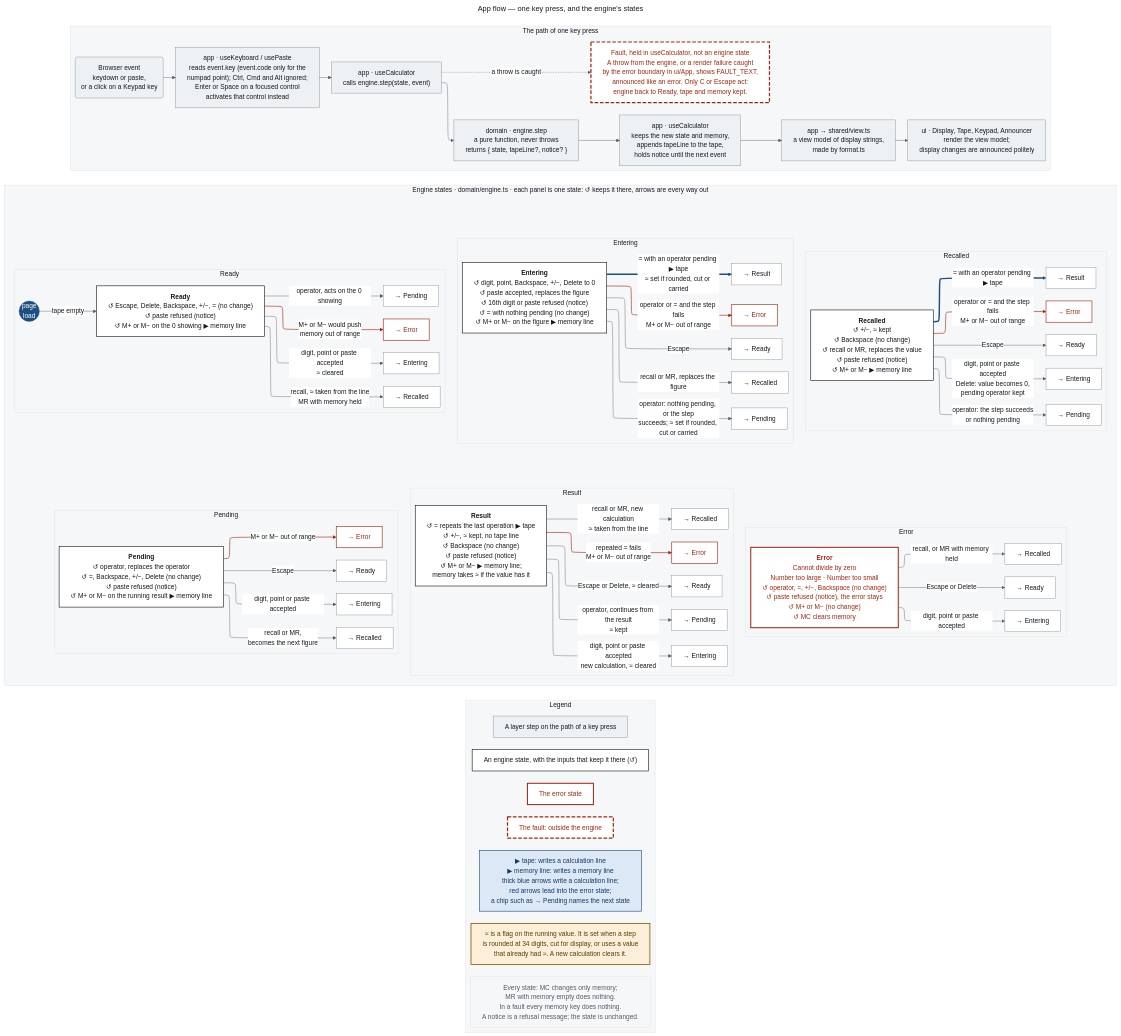
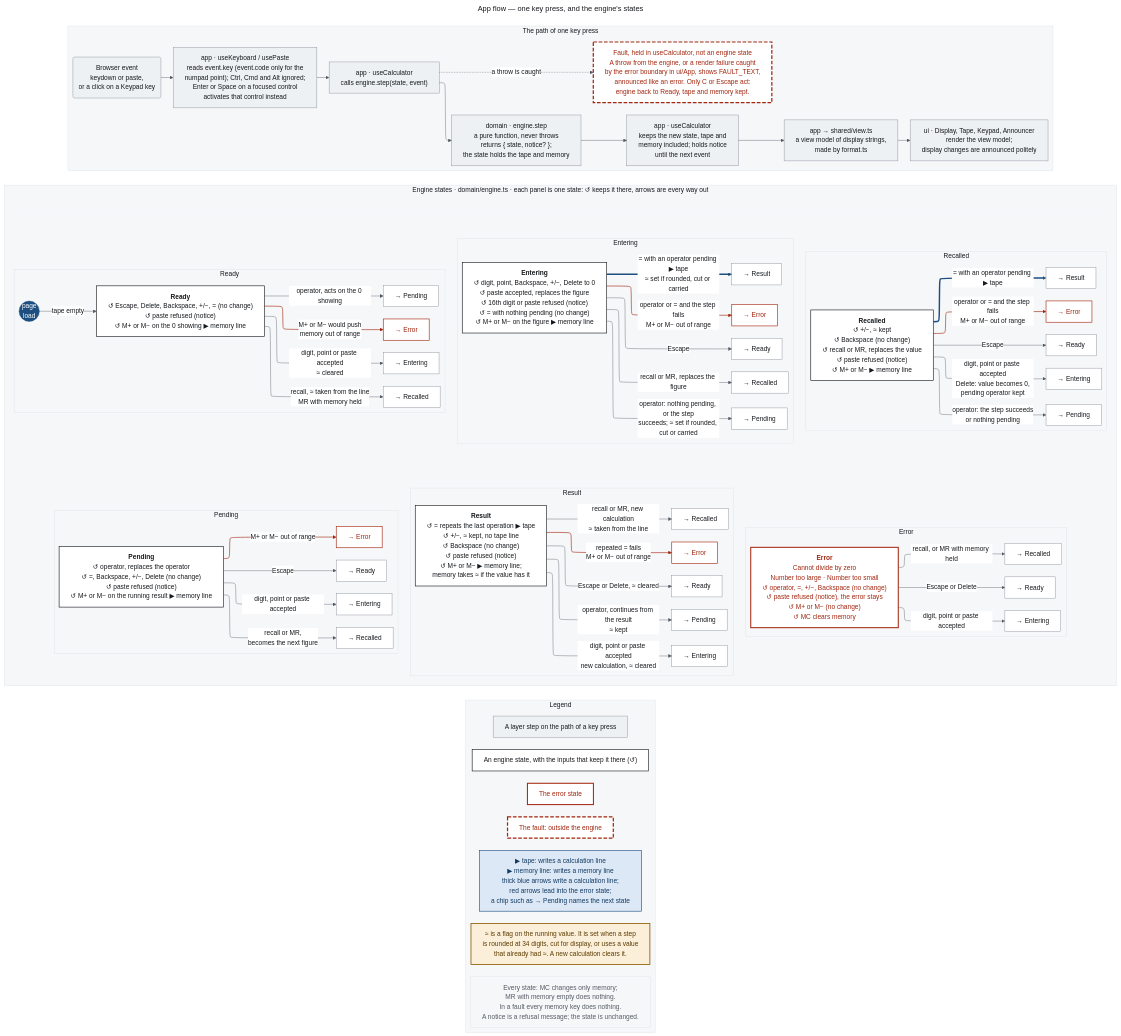
Before and after one commit to hassan-product/hassa-chaudry-calculator: the diagram in docs/diagrams/app-flow.mmd, drawn with Mermaid. The commit also changed 2 other files, not shown here.

Commit message:
Move the tape into the engine state
The tape is to be append-only and built by the reducer, so the
engine state becomes { calc, memory, tape } and step appends lines
itself rather than handing them to the app. This keeps the record
of a calculation and the calculation in one pure, testable place.
Also records readout(), the engine's text for the display.

```diff
--- a/docs/diagrams/app-flow.mmd
+++ b/docs/diagrams/app-flow.mmd
@@ -1,175 +1,175 @@
 ---
 title: App flow — one key press, and the engine's states
 config:
   theme: base
   layout: elk
   fontFamily: "system-ui, -apple-system, Segoe UI, Roboto, sans-serif"
   themeVariables:
     fontFamily: "system-ui, -apple-system, Segoe UI, Roboto, sans-serif"
     fontSize: 16px
     primaryColor: "#FFFFFF"
     primaryTextColor: "#16191D"
     primaryBorderColor: "#808892"
     lineColor: "#545B64"
     clusterBkg: "#F6F7F9"
     clusterBorder: "#DDE1E6"
     titleColor: "#16191D"
     edgeLabelBackground: "#FFFFFF"
   flowchart:
     nodeSpacing: 40
     rankSpacing: 60
     padding: 14
     wrappingWidth: 420
 ---
 %% Source of docs/diagrams/app-flow.png. Every state and transition is the engine state diagram in
 %% docs/architecture.md; the path of a key press is its layer model and error model. Nothing here is new.
 %% Colours and type are the light-theme tokens in docs/ux/mockup.html.
 flowchart TB
 
   subgraph Path["The path of one key press"]
     direction LR
     k1("Browser event<br/>keydown or paste,<br/>or a click on a Keypad key")
     k2["app · useKeyboard / usePaste<br/>reads event.key (event.code only for the<br/>numpad point); Ctrl, Cmd and Alt ignored;<br/>Enter or Space on a focused control<br/>activates that control instead"]
     k3["app · useCalculator<br/>calls engine.step(state, event)"]
-    k4["domain · engine.step<br/>a pure function, never throws<br/>returns { state, tapeLine?, notice? }"]
-    k5["app · useCalculator<br/>keeps the new state and memory,<br/>appends tapeLine to the tape,<br/>holds notice until the next event"]
+    k4["domain · engine.step<br/>a pure function, never throws<br/>returns { state, notice? };<br/>the state holds the tape and memory"]
+    k5["app · useCalculator<br/>keeps the new state, tape and<br/>memory included; holds notice<br/>until the next event"]
     k6["app → shared/view.ts<br/>a view model of display strings,<br/>made by format.ts"]
     k7["ui · Display, Tape, Keypad, Announcer<br/>render the view model;<br/>display changes are announced politely"]
     kf["Fault, held in useCalculator, not an engine state<br/>A throw from the engine, or a render failure caught<br/>by the error boundary in ui/App, shows FAULT_TEXT,<br/>announced like an error. Only C or Escape act:<br/>engine back to Ready, tape and memory kept."]
     k1 --> k2 --> k3 --> k4 --> k5 --> k6 --> k7
     k3 -. "a throw is caught" .-> kf
   end
 
   subgraph Engine["Engine states · domain/engine.ts · each panel is one state: ↺ keeps it there, arrows are every way out"]
     direction TB
     subgraph ERow0[" "]
       direction LR
       subgraph PReady["Ready"]
         direction LR
         start(("page<br/>load"))
         Ready["<b>Ready</b><br/>↺ Escape, Delete, Backspace, +/−, = (no change)<br/>↺ paste refused (notice)<br/>↺ M+ or M− on the 0 showing ▶ memory line"]
         Ready_Entering["→ Entering"]
         Ready_Recalled["→ Recalled"]
         Ready_Pending["→ Pending"]
         Ready_Error["→ Error"]
         start -->|"tape empty"| Ready
         Ready -->|"digit, point or paste accepted<br/>≈ cleared"| Ready_Entering
         Ready -->|"recall, ≈ taken from the line<br/>MR with memory held"| Ready_Recalled
         Ready -->|"operator, acts on the 0 showing"| Ready_Pending
         Ready -->|"M+ or M− would push<br/>memory out of range"| Ready_Error
       end
       subgraph PEntering["Entering"]
         direction LR
         Entering["<b>Entering</b><br/>↺ digit, point, Backspace, +/−, Delete to 0<br/>↺ paste accepted, replaces the figure<br/>↺ 16th digit or paste refused (notice)<br/>↺ = with nothing pending (no change)<br/>↺ M+ or M− on the figure ▶ memory line"]
         Entering_Recalled["→ Recalled"]
         Entering_Pending["→ Pending"]
         Entering_Result["→ Result"]
         Entering_Error["→ Error"]
         Entering_Ready["→ Ready"]
         Entering -->|"recall or MR, replaces the figure"| Entering_Recalled
         Entering -->|"operator: nothing pending, or the step<br/>succeeds; ≈ set if rounded, cut or carried"| Entering_Pending
         Entering ==>|"= with an operator pending ▶ tape<br/>≈ set if rounded, cut or carried"| Entering_Result
         Entering -->|"operator or = and the step fails<br/>M+ or M− out of range"| Entering_Error
         Entering -->|"Escape"| Entering_Ready
       end
       subgraph PRecalled["Recalled"]
         direction LR
         Recalled["<b>Recalled</b><br/>↺ +/−, ≈ kept<br/>↺ Backspace (no change)<br/>↺ recall or MR, replaces the value<br/>↺ paste refused (notice)<br/>↺ M+ or M− ▶ memory line"]
         Recalled_Entering["→ Entering"]
         Recalled_Pending["→ Pending"]
         Recalled_Result["→ Result"]
         Recalled_Error["→ Error"]
         Recalled_Ready["→ Ready"]
         Recalled -->|"digit, point or paste accepted<br/>Delete: value becomes 0,<br/>pending operator kept"| Recalled_Entering
         Recalled -->|"operator: the step succeeds<br/>or nothing pending"| Recalled_Pending
         Recalled ==>|"= with an operator pending ▶ tape"| Recalled_Result
         Recalled -->|"operator or = and the step fails<br/>M+ or M− out of range"| Recalled_Error
         Recalled -->|"Escape"| Recalled_Ready
       end
       PReady ~~~ PEntering ~~~ PRecalled
     end
     subgraph ERow1[" "]
       direction LR
       subgraph PPending["Pending"]
         direction LR
         Pending["<b>Pending</b><br/>↺ operator, replaces the operator<br/>↺ =, Backspace, +/−, Delete (no change)<br/>↺ paste refused (notice)<br/>↺ M+ or M− on the running result ▶ memory line"]
         Pending_Entering["→ Entering"]
         Pending_Recalled["→ Recalled"]
         Pending_Error["→ Error"]
         Pending_Ready["→ Ready"]
         Pending -->|"digit, point or paste accepted"| Pending_Entering
         Pending -->|"recall or MR,<br/>becomes the next figure"| Pending_Recalled
         Pending -->|"M+ or M− out of range"| Pending_Error
         Pending -->|"Escape"| Pending_Ready
       end
       subgraph PResult["Result"]
         direction LR
         Result["<b>Result</b><br/>↺ = repeats the last operation ▶ tape<br/>↺ +/−, ≈ kept, no tape line<br/>↺ Backspace (no change)<br/>↺ paste refused (notice)<br/>↺ M+ or M− ▶ memory line;<br/>memory takes ≈ if the value has it"]
         Result_Pending["→ Pending"]
         Result_Entering["→ Entering"]
         Result_Recalled["→ Recalled"]
         Result_Error["→ Error"]
         Result_Ready["→ Ready"]
         Result -->|"operator, continues from the result<br/>≈ kept"| Result_Pending
         Result -->|"digit, point or paste accepted<br/>new calculation, ≈ cleared"| Result_Entering
         Result -->|"recall or MR, new calculation<br/>≈ taken from the line"| Result_Recalled
         Result -->|"repeated = fails<br/>M+ or M− out of range"| Result_Error
         Result -->|"Escape or Delete, ≈ cleared"| Result_Ready
       end
       subgraph PError["Error"]
         direction LR
         Error["<b>Error</b><br/>Cannot divide by zero<br/>Number too large · Number too small<br/>↺ operator, =, +/−, Backspace (no change)<br/>↺ paste refused (notice), the error stays<br/>↺ M+ or M− (no change)<br/>↺ MC clears memory"]
         Error_Ready["→ Ready"]
         Error_Entering["→ Entering"]
         Error_Recalled["→ Recalled"]
         Error -->|"Escape or Delete"| Error_Ready
         Error -->|"digit, point or paste accepted"| Error_Entering
         Error -->|"recall, or MR with memory held"| Error_Recalled
       end
       PPending ~~~ PResult ~~~ PError
     end
     ERow0 ~~~ ERow1
   end
 
   subgraph Key["Legend"]
     direction TB
     g1["A layer step on the path of a key press"]
     g2["An engine state, with the inputs that keep it there (↺)"]
     g3["The error state"]
     g4["The fault: outside the engine"]
     g5["▶ tape: writes a calculation line<br/>▶ memory line: writes a memory line<br/>thick blue arrows write a calculation line;<br/>red arrows lead into the error state;<br/>a chip such as → Pending names the next state"]
     g6["≈ is a flag on the running value. It is set when a step<br/>is rounded at 34 digits, cut for display, or uses a value<br/>that already had ≈. A new calculation clears it."]
     g7["Every state: MC changes only memory;<br/>MR with memory empty does nothing.<br/>In a fault every memory key does nothing.<br/>A notice is a refusal message; the state is unchanged."]
     g1 ~~~ g2 ~~~ g3 ~~~ g4 ~~~ g5 ~~~ g6 ~~~ g7
   end
 
   Path ~~~ Engine
   Engine ~~~ Key
 
   classDef step fill:#EEF1F4,stroke:#808892,stroke-width:1px,color:#16191D
   classDef state fill:#FFFFFF,stroke:#16191D,stroke-width:1.5px,color:#16191D
   classDef error fill:#FFFFFF,stroke:#A3260F,stroke-width:2.5px,color:#A3260F
   classDef fault fill:#FFFFFF,stroke:#A3260F,stroke-width:3px,stroke-dasharray:9 4,color:#A3260F
   classDef tape fill:#DCE8F5,stroke:#1D4F80,stroke-width:1.5px,color:#123A63
   classDef approx fill:#FCEFD9,stroke:#8A5A00,stroke-width:2px,color:#5A3B00
   classDef note fill:#F6F7F9,stroke:#DDE1E6,stroke-width:1px,color:#545B64
   classDef target fill:#FFFFFF,stroke:#808892,stroke-width:1px,color:#16191D
   classDef errtarget fill:#FFFFFF,stroke:#A3260F,stroke-width:1.5px,color:#A3260F
   classDef row fill:#F6F7F9,stroke:#F6F7F9
   classDef start fill:#1D4F80,stroke:#1D4F80,color:#FFFFFF
 
   class k1,k2,k3,k4,k5,k6,k7,g1 step
   class Ready,Entering,Recalled,Pending,Result,g2 state
   class Ready_Entering,Ready_Recalled,Ready_Pending,Entering_Recalled,Entering_Pending,Entering_Result,Entering_Ready,Recalled_Entering,Recalled_Pending,Recalled_Result,Recalled_Ready,Pending_Entering,Pending_Recalled,Pending_Ready,Result_Pending,Result_Entering,Result_Recalled,Result_Ready,Error_Ready,Error_Entering,Error_Recalled target
   class Ready_Error,Entering_Error,Recalled_Error,Pending_Error,Result_Error errtarget
   class ERow0,ERow1 row
   class Error,g3 error
   class kf,g4 fault
   class g5 tape
   class g6 approx
   class g7 note
   class start start
 
   %% Link indices count every link in order, invisible ones included.
   linkStyle 14,19 stroke:#1D4F80,stroke-width:3.5px
   linkStyle 11,15,20,26,31 stroke:#A3260F,stroke-width:1.5px
```
